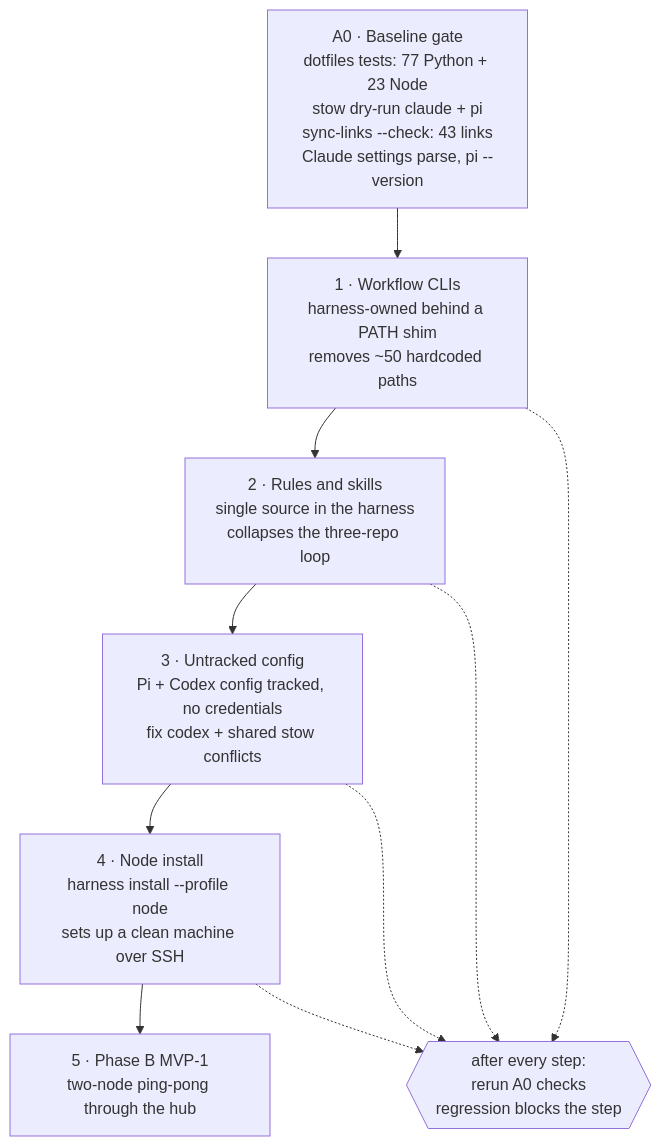
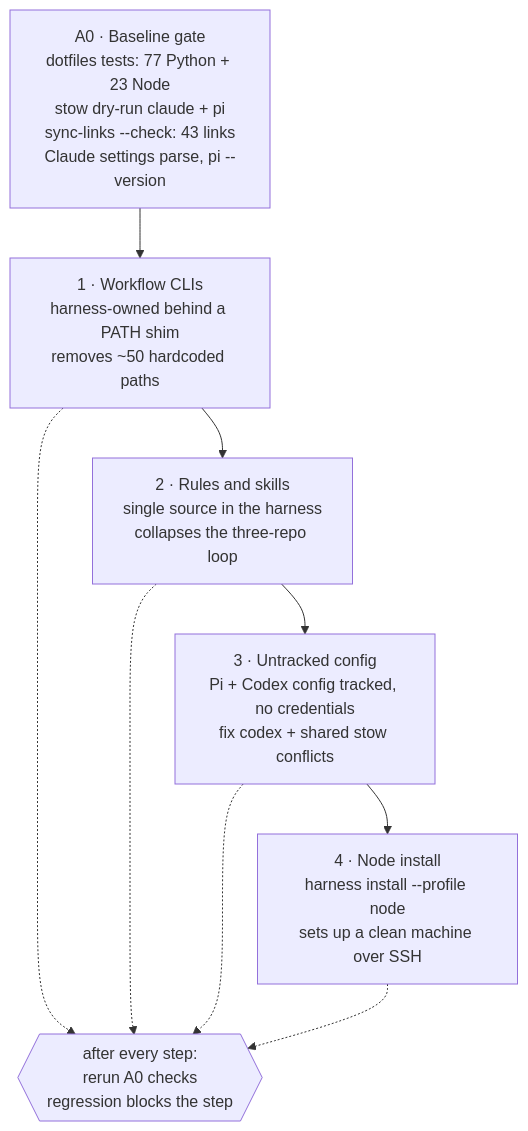
One commit to vietbui1999ru/llm-wiki changed the fifth of 8 diagrams in docs-site/guides/harness-migration.mdx. Above: the diagram before and after it, drawn with Mermaid. The commit also changed other lines of this file and 3 other files, not shown here.

First line of the commit message:
docs(guides): harness migration as an 8-chart MVP presentation (#61)

````diff
--- a/docs-site/guides/harness-migration.mdx
+++ b/docs-site/guides/harness-migration.mdx
@@ -111,16 +162,15 @@
 ```mermaid
 flowchart TD
     A0["A0 · Baseline gate<br>dotfiles tests: 77 Python + 23 Node<br>stow dry-run claude + pi<br>sync-links --check: 43 links<br>Claude settings parse, pi --version"]
     S1["1 · Workflow CLIs<br>harness-owned behind a PATH shim<br>removes ~50 hardcoded paths"]
     S2["2 · Rules and skills<br>single source in the harness<br>collapses the three-repo loop"]
     S3["3 · Untracked config<br>Pi + Codex config tracked, no credentials<br>fix codex + shared stow conflicts"]
     S4["4 · Node install<br>harness install --profile node<br>sets up a clean machine over SSH"]
-    S5["5 · Phase B MVP-1<br>two-node ping-pong through the hub"]
     GATE{{"after every step:<br>rerun A0 checks<br>regression blocks the step"}}
 
-    A0 --> S1 --> S2 --> S3 --> S4 --> S5
+    A0 --> S1 --> S2 --> S3 --> S4
     S1 -.-> GATE
     S2 -.-> GATE
     S3 -.-> GATE
     S4 -.-> GATE
 ```
````
